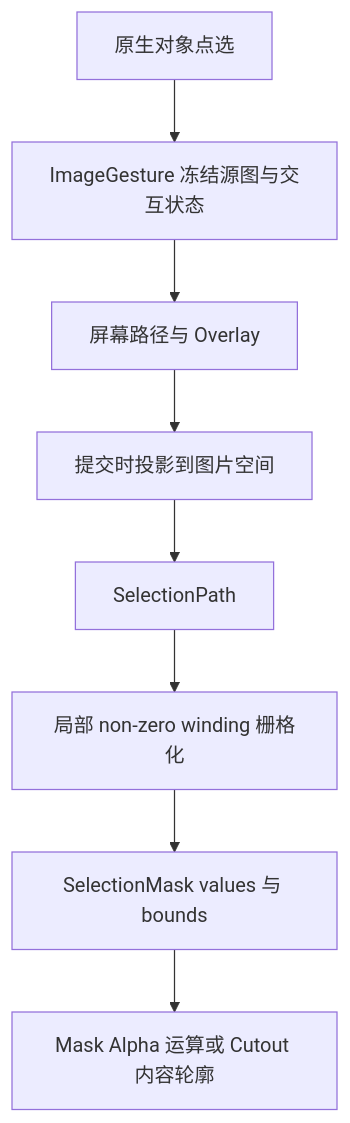
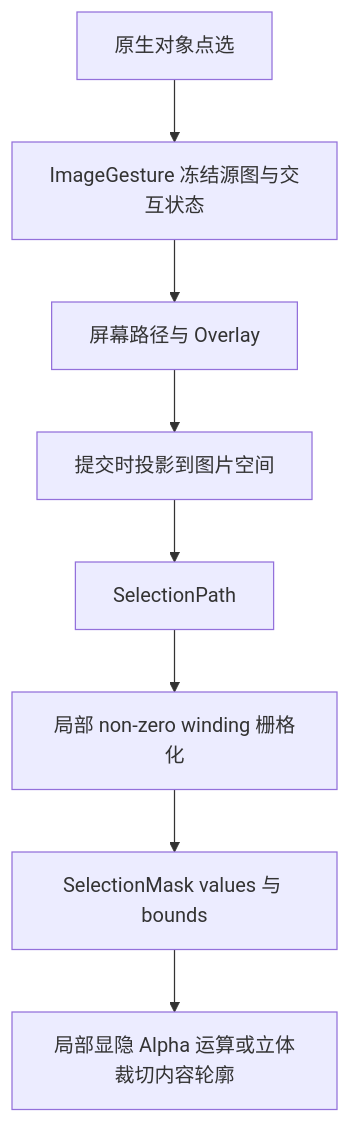
The diagram in docs/develop/common.md (OmooLab/AnyImage), drawn with Mermaid before and after one commit. The commit also changed other lines of this file and 56 other files, not shown here.

````diff
--- a/docs/develop/common.md
+++ b/docs/develop/common.md
@@ -38,10 +38,10 @@
 ```mermaid
 flowchart TD
     A[原生对象点选] --> B[ImageGesture 冻结源图与交互状态]
     B --> C[屏幕路径与 Overlay]
     C --> D[提交时投影到图片空间]
     D --> E[SelectionPath]
     E --> F[局部 non-zero winding 栅格化]
     F --> G[SelectionMask values 与 bounds]
-    G --> H[Mask Alpha 运算或 Cutout 内容轮廓]
+    G --> H[局部显隐 Alpha 运算或立体裁切内容轮廓]
 ```
````
